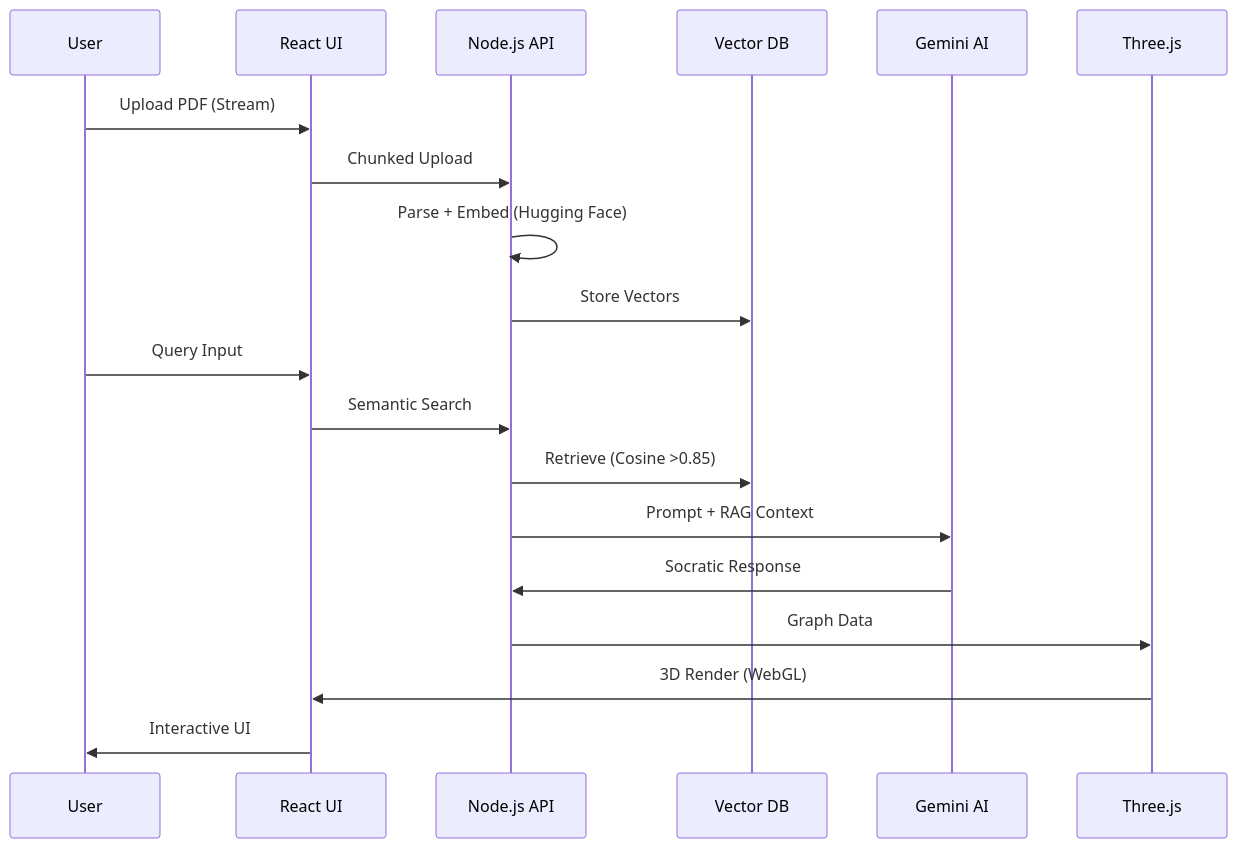
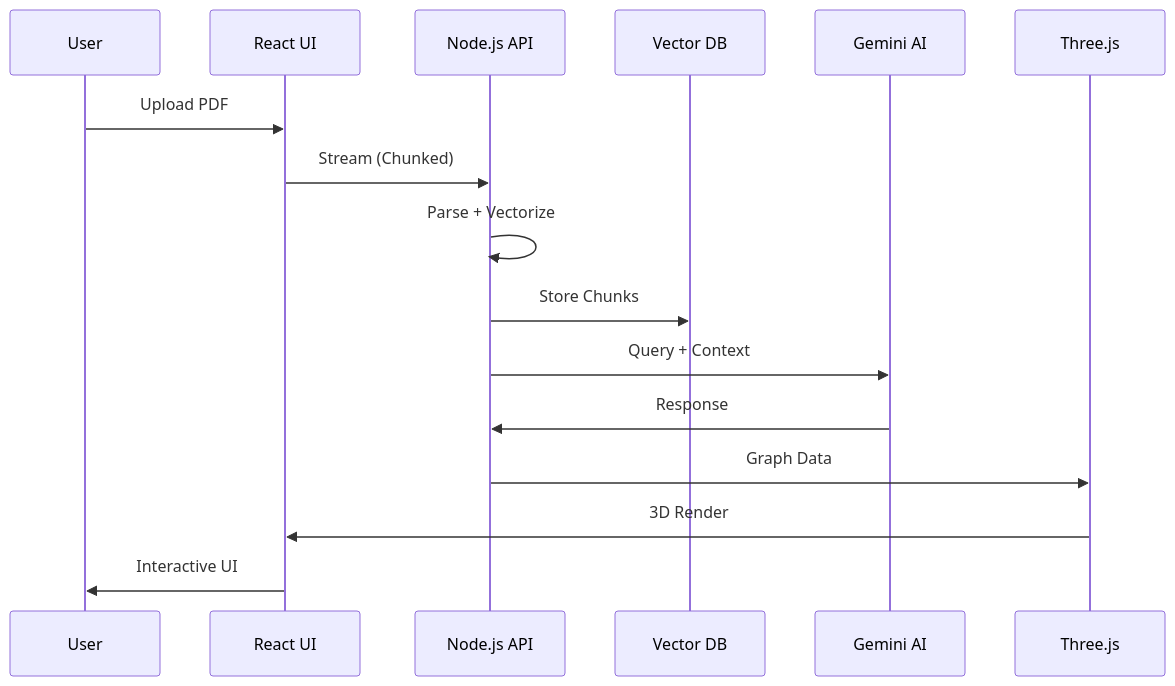
Before and after one commit to hareeshkar/hareeshkar: the first of 2 diagrams in README.md, drawn with Mermaid. The commit also changed other lines of this file, not shown here.

````diff
--- a/README.md
+++ b/README.md
@@ -166,22 +189,19 @@
-  ```mermaid
-  sequenceDiagram
+```mermaid
+sequenceDiagram
     participant U as User
     participant F as React UI
     participant N as Node.js API
     participant V as Vector DB
     participant G as Gemini AI
     participant T as Three.js
-    
-    U->>F: Upload PDF (Stream)
-    F->>N: Chunked Upload
-    N->>N: Parse + Embed (Hugging Face)
-    N->>V: Store Vectors
-    U->>F: Query Input
-    F->>N: Semantic Search
-    N->>V: Retrieve (Cosine >0.85)
-    N->>G: Prompt + RAG Context
-    G->>N: Socratic Response
+
+    U->>F: Upload PDF
+    F->>N: Stream (Chunked)
+    N->>N: Parse + Vectorize
+    N->>V: Store Chunks
+    N->>G: Query + Context
+    G->>N: Response
     N->>T: Graph Data
-    T->>F: 3D Render (WebGL)
+    T->>F: 3D Render
     F->>U: Interactive UI
-  ```
+```
````
